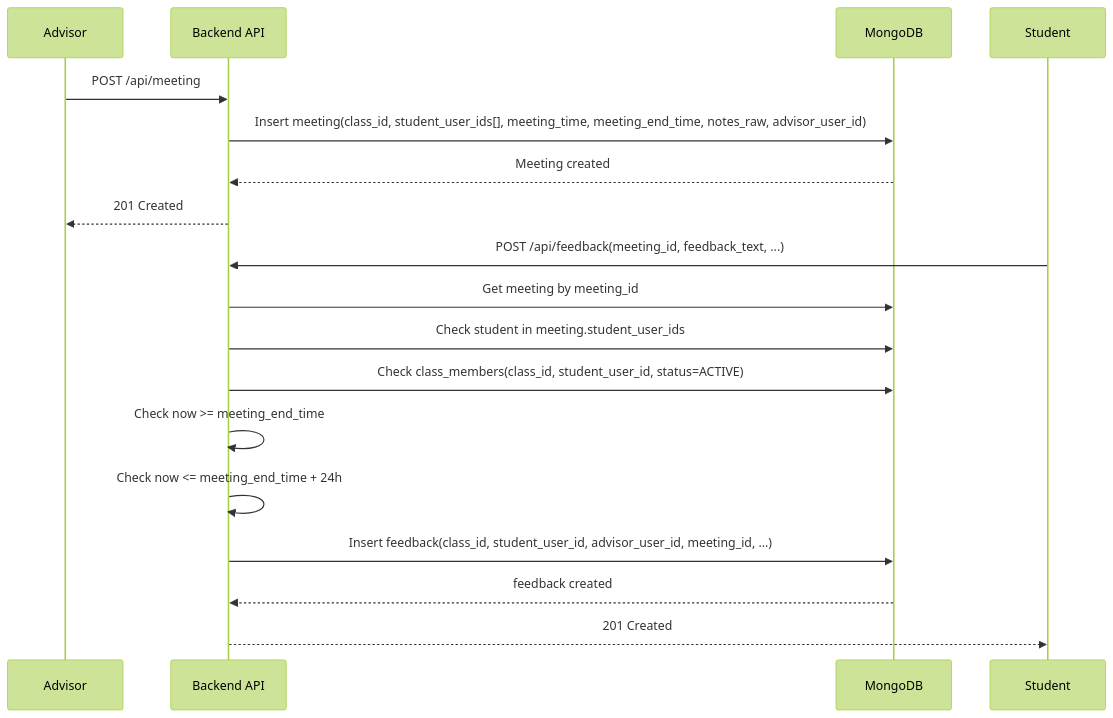
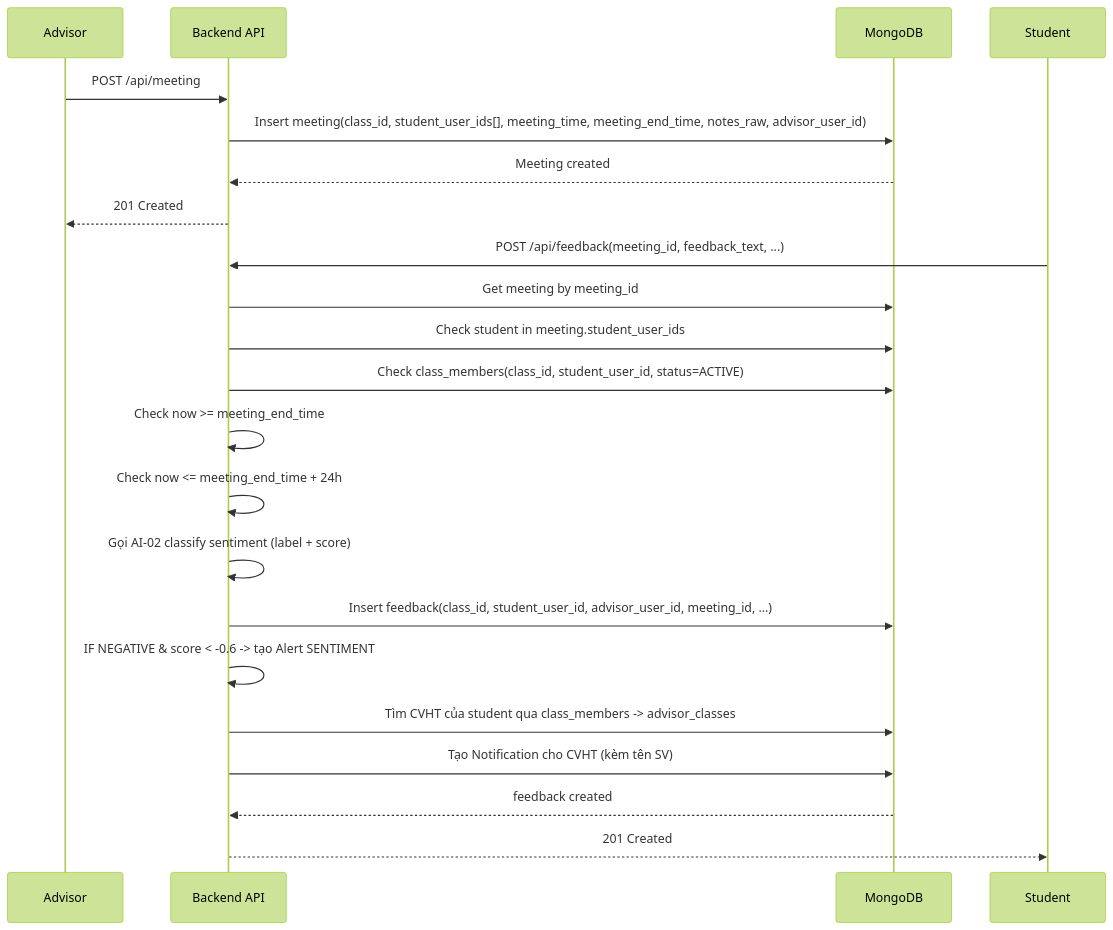
One commit to Tien2003deptrai/BACKEND-ADVISOR changed the diagram in docs/meeting-feedback-flow.md. Above: the diagram before and after it, drawn with Mermaid (forest theme). The commit also changed other lines of this file and 11 other files, not shown here.

Commit message:
Implement alert-notification flow and align advisor/student dashboards

````diff
--- a/docs/meeting-feedback-flow.md
+++ b/docs/meeting-feedback-flow.md
@@ -16,22 +17,26 @@
 ```mermaid
 sequenceDiagram
     participant A as Advisor
     participant API as Backend API
     participant DB as MongoDB
     participant S as Student
 
     A->>API: POST /api/meeting
     API->>DB: Insert meeting(class_id, student_user_ids[], meeting_time, meeting_end_time, notes_raw, advisor_user_id)
     DB-->>API: Meeting created
     API-->>A: 201 Created
 
     S->>API: POST /api/feedback(meeting_id, feedback_text, ...)
     API->>DB: Get meeting by meeting_id
     API->>DB: Check student in meeting.student_user_ids
     API->>DB: Check class_members(class_id, student_user_id, status=ACTIVE)
     API->>API: Check now >= meeting_end_time
     API->>API: Check now <= meeting_end_time + 24h
+    API->>API: Gọi AI-02 classify sentiment (label + score)
     API->>DB: Insert feedback(class_id, student_user_id, advisor_user_id, meeting_id, ...)
+    API->>API: IF NEGATIVE & score < -0.6 -> tạo Alert SENTIMENT
+    API->>DB: Tìm CVHT của student qua class_members -> advisor_classes
+    API->>DB: Tạo Notification cho CVHT (kèm tên SV)
     DB-->>API: feedback created
     API-->>S: 201 Created
 ```
````
